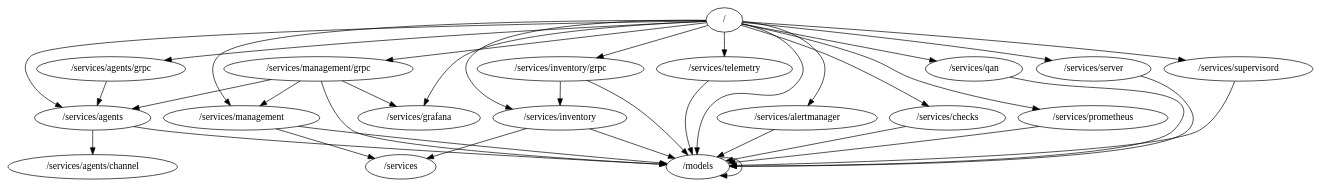
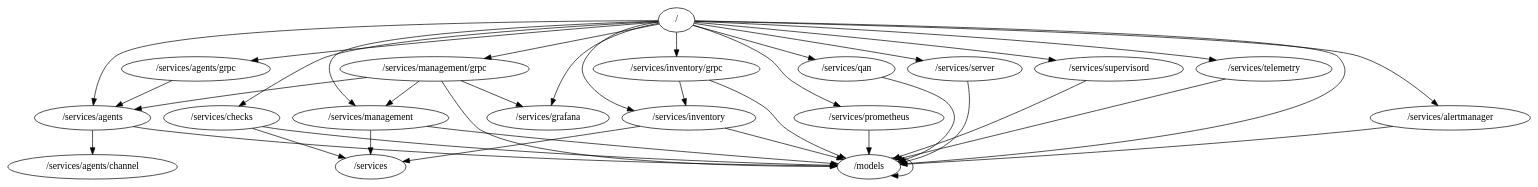
Before and after one commit to percona/pmm: the diagram in packages.dot, drawn with Graphviz. The commit also changed 15 other files, not shown here.

```diff
--- a/packages.dot
+++ b/packages.dot
@@ -1,38 +1,39 @@
 digraph packages {
 	"/" -> "/models";
 	"/" -> "/services/agents";
 	"/" -> "/services/agents/grpc";
 	"/" -> "/services/alertmanager";
 	"/" -> "/services/checks";
 	"/" -> "/services/grafana";
 	"/" -> "/services/inventory";
 	"/" -> "/services/inventory/grpc";
 	"/" -> "/services/management";
 	"/" -> "/services/management/grpc";
 	"/" -> "/services/prometheus";
 	"/" -> "/services/qan";
 	"/" -> "/services/server";
 	"/" -> "/services/supervisord";
 	"/" -> "/services/telemetry";
 	"/models" -> "/models";
 	"/services/agents" -> "/models";
 	"/services/agents" -> "/services/agents/channel";
 	"/services/agents/grpc" -> "/services/agents";
 	"/services/alertmanager" -> "/models";
 	"/services/checks" -> "/models";
+	"/services/checks" -> "/services";
 	"/services/inventory" -> "/models";
 	"/services/inventory" -> "/services";
 	"/services/inventory/grpc" -> "/models";
 	"/services/inventory/grpc" -> "/services/inventory";
 	"/services/management" -> "/models";
 	"/services/management" -> "/services";
 	"/services/management/grpc" -> "/models";
 	"/services/management/grpc" -> "/services/agents";
 	"/services/management/grpc" -> "/services/grafana";
 	"/services/management/grpc" -> "/services/management";
 	"/services/prometheus" -> "/models";
 	"/services/qan" -> "/models";
 	"/services/server" -> "/models";
 	"/services/supervisord" -> "/models";
 	"/services/telemetry" -> "/models";
 }
```
